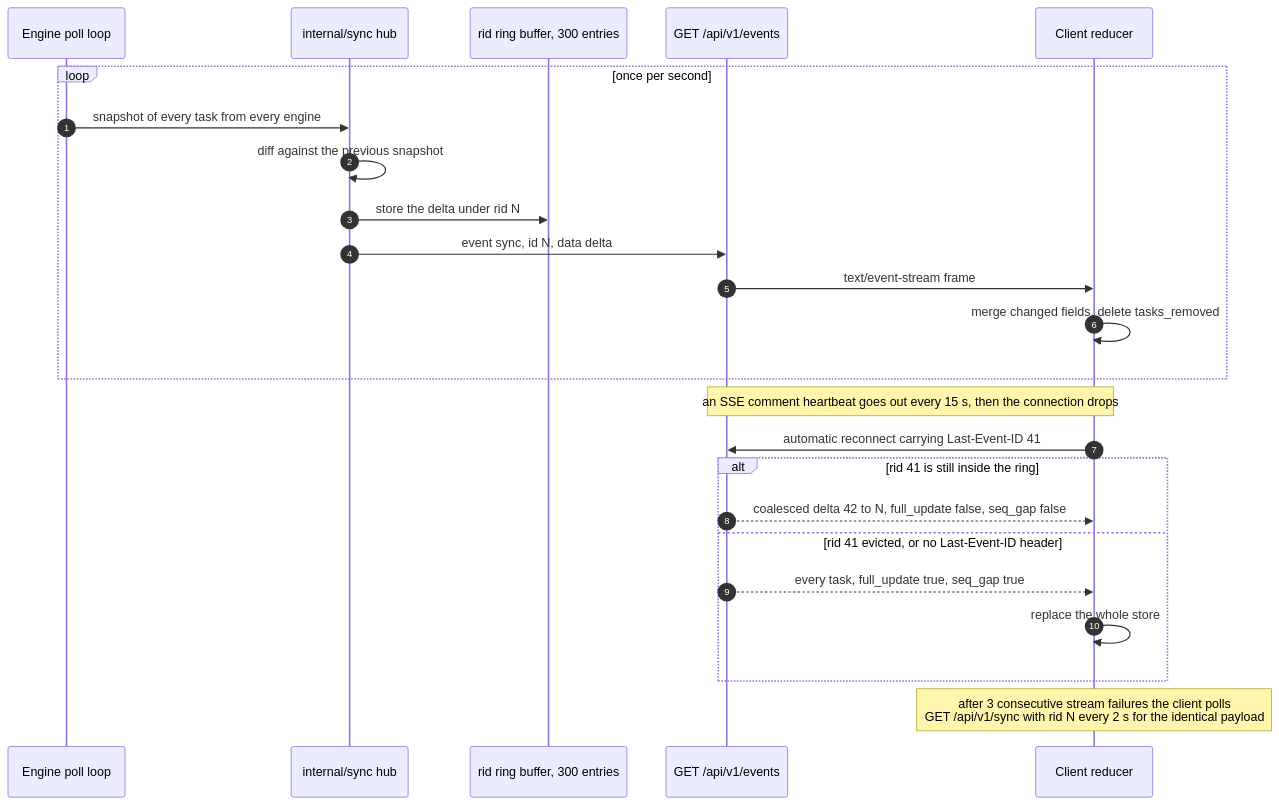
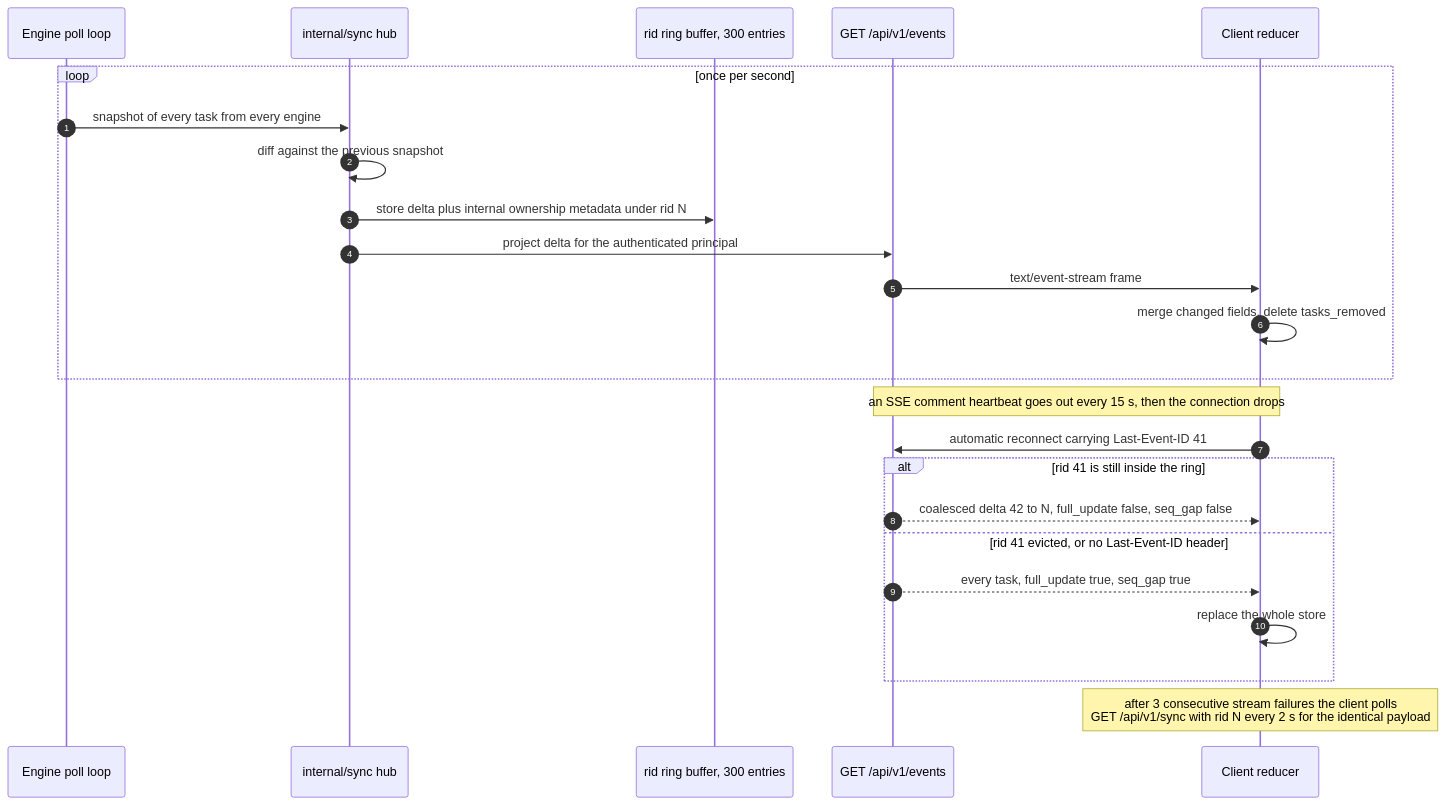
Before and after one commit to L-K-M/dl-tool: the fifth of 8 diagrams in docs/03-architecture.md, drawn with Mermaid. The commit also changed other lines of this file and 2 other files, not shown here.

````diff
--- a/docs/03-architecture.md
+++ b/docs/03-architecture.md
@@ -225,26 +225,26 @@
 ```mermaid
 sequenceDiagram
     autonumber
     participant POLL as Engine poll loop
     participant HUB as internal/sync hub
     participant RING as rid ring buffer, 300 entries
     participant SSE as GET /api/v1/events
     participant CL as Client reducer
     loop once per second
         POLL->>HUB: snapshot of every task from every engine
         HUB->>HUB: diff against the previous snapshot
-        HUB->>RING: store the delta under rid N
-        HUB->>SSE: event sync, id N, data delta
+        HUB->>RING: store delta plus internal ownership metadata under rid N
+        HUB->>SSE: project delta for the authenticated principal
         SSE->>CL: text/event-stream frame
         CL->>CL: merge changed fields, delete tasks_removed
     end
     Note over SSE,CL: an SSE comment heartbeat goes out every 15 s, then the connection drops
     CL->>SSE: automatic reconnect carrying Last-Event-ID 41
     alt rid 41 is still inside the ring
         SSE-->>CL: coalesced delta 42 to N, full_update false, seq_gap false
     else rid 41 evicted, or no Last-Event-ID header
         SSE-->>CL: every task, full_update true, seq_gap true
         CL->>CL: replace the whole store
     end
     Note over CL: after 3 consecutive stream failures the client polls<br/>GET /api/v1/sync with rid N every 2 s for the identical payload
 ```
````
